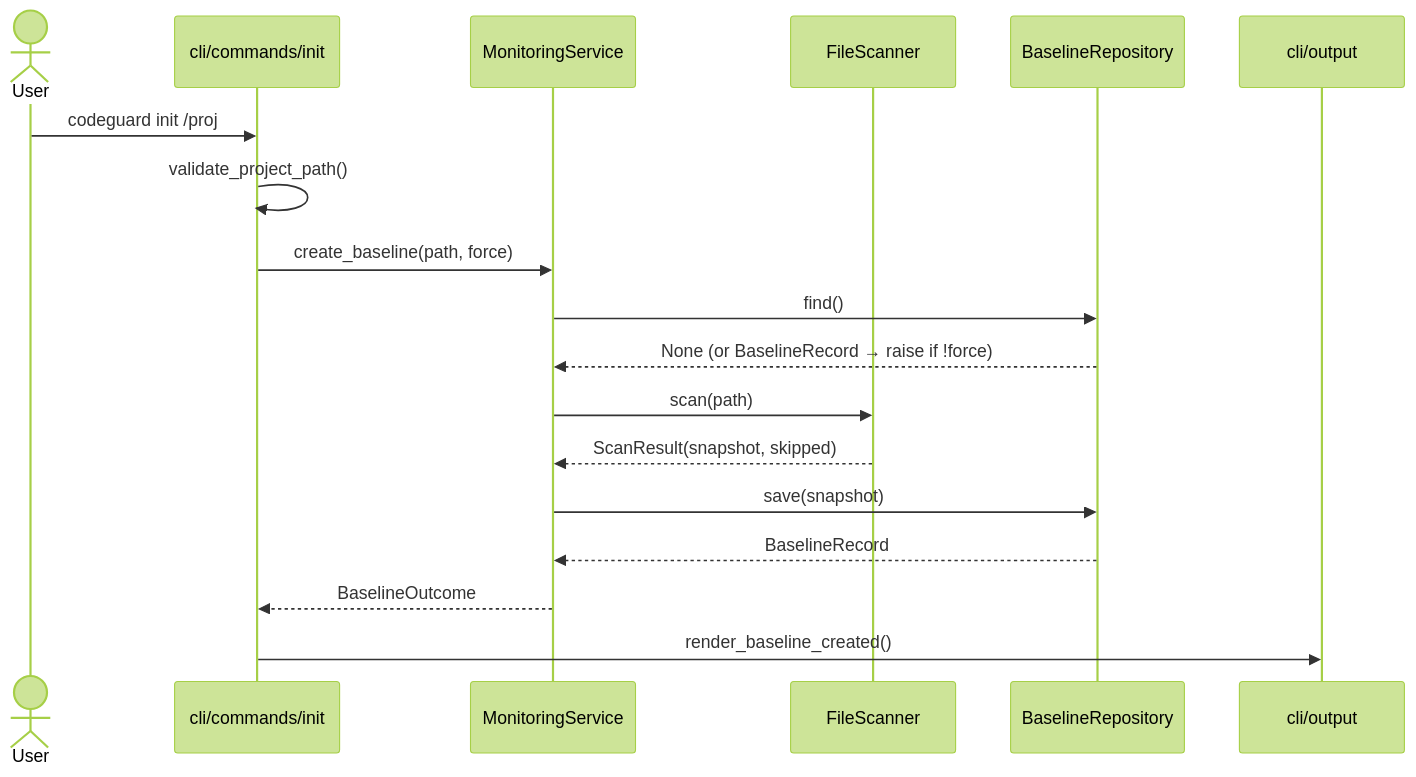
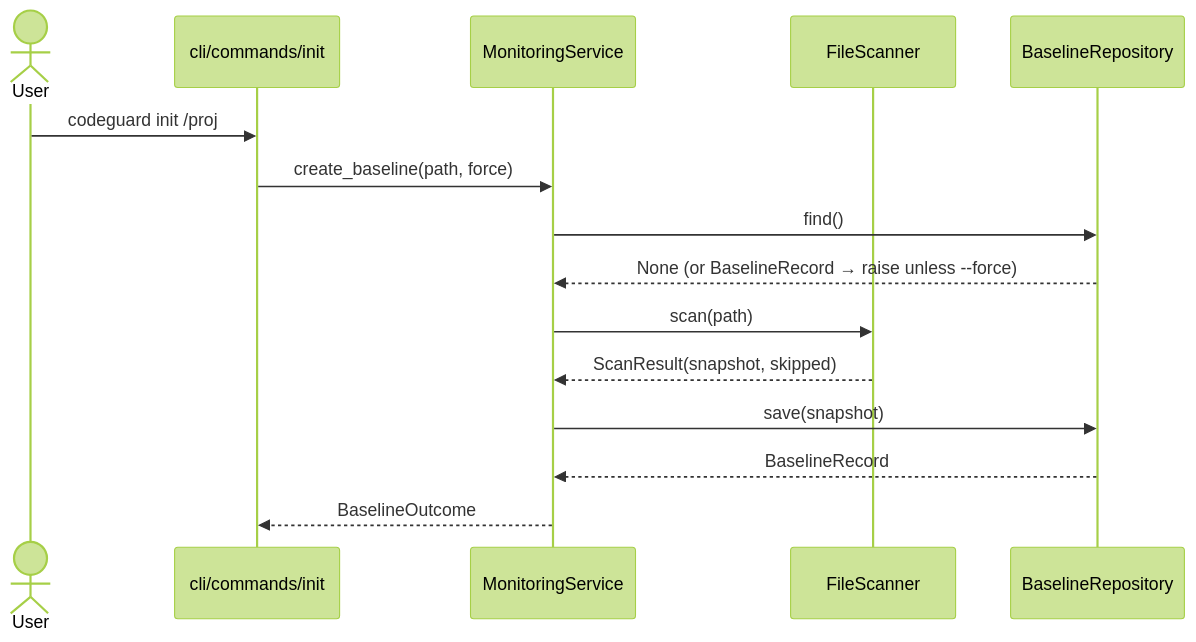
The second of 3 diagrams in docs/architecture.md (Gab-Mello/codeGuard), drawn with Mermaid (forest theme) before and after one commit. The commit also changed other lines of this file and 1 other file, not shown here.

Commit message:
docs: simplify architecture overview

````diff
--- a/docs/architecture.md
+++ b/docs/architecture.md
@@ -248,21 +90,18 @@
 ```mermaid
 sequenceDiagram
     actor User
     participant CLI as cli/commands/init
     participant Svc as MonitoringService
     participant Scn as FileScanner
     participant Br as BaselineRepository
-    participant Out as cli/output
 
     User->>CLI: codeguard init /proj
-    CLI->>CLI: validate_project_path()
     CLI->>Svc: create_baseline(path, force)
     Svc->>Br: find()
-    Br-->>Svc: None (or BaselineRecord → raise if !force)
+    Br-->>Svc: None (or BaselineRecord → raise unless --force)
     Svc->>Scn: scan(path)
     Scn-->>Svc: ScanResult(snapshot, skipped)
     Svc->>Br: save(snapshot)
     Br-->>Svc: BaselineRecord
     Svc-->>CLI: BaselineOutcome
-    CLI->>Out: render_baseline_created()
 ```
````
